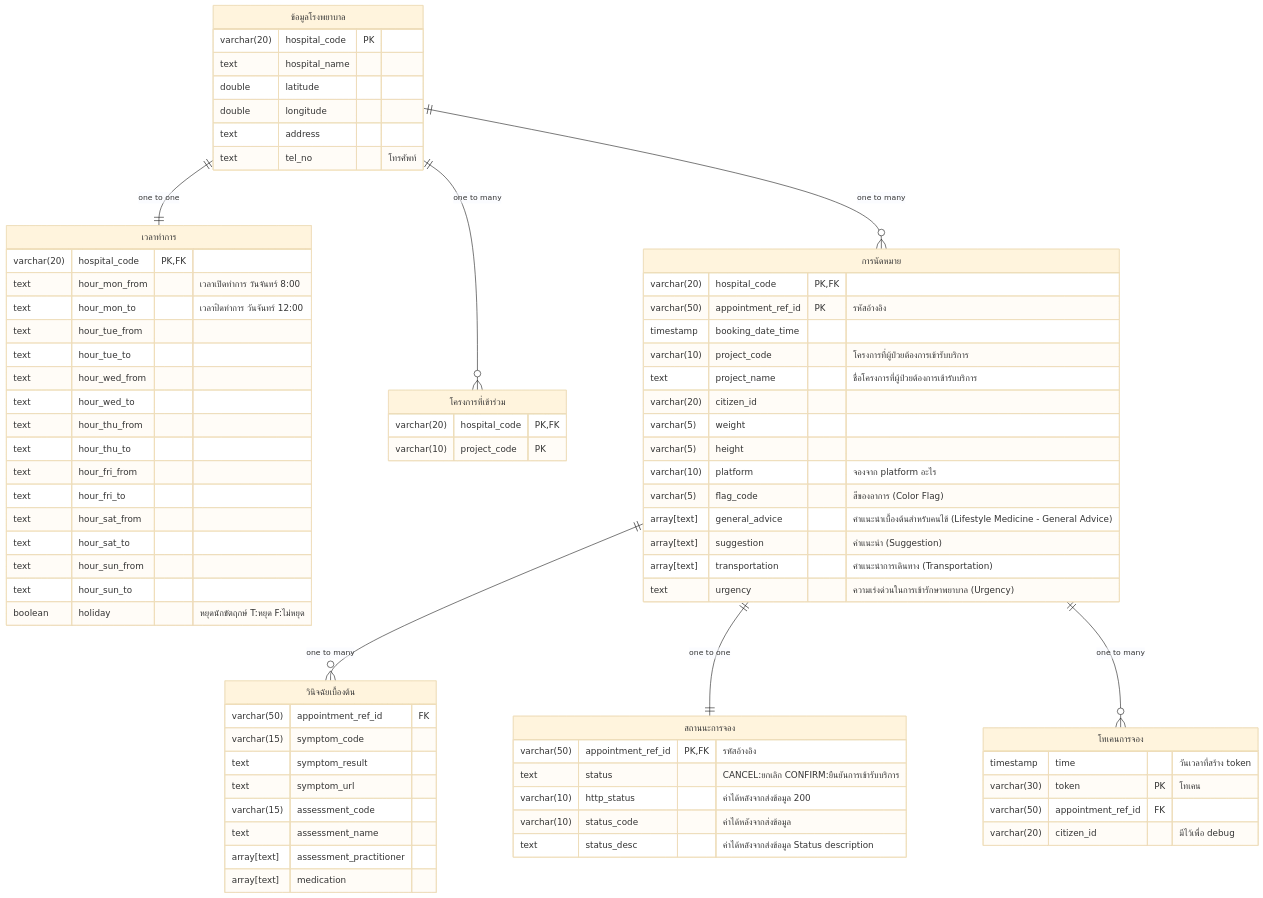
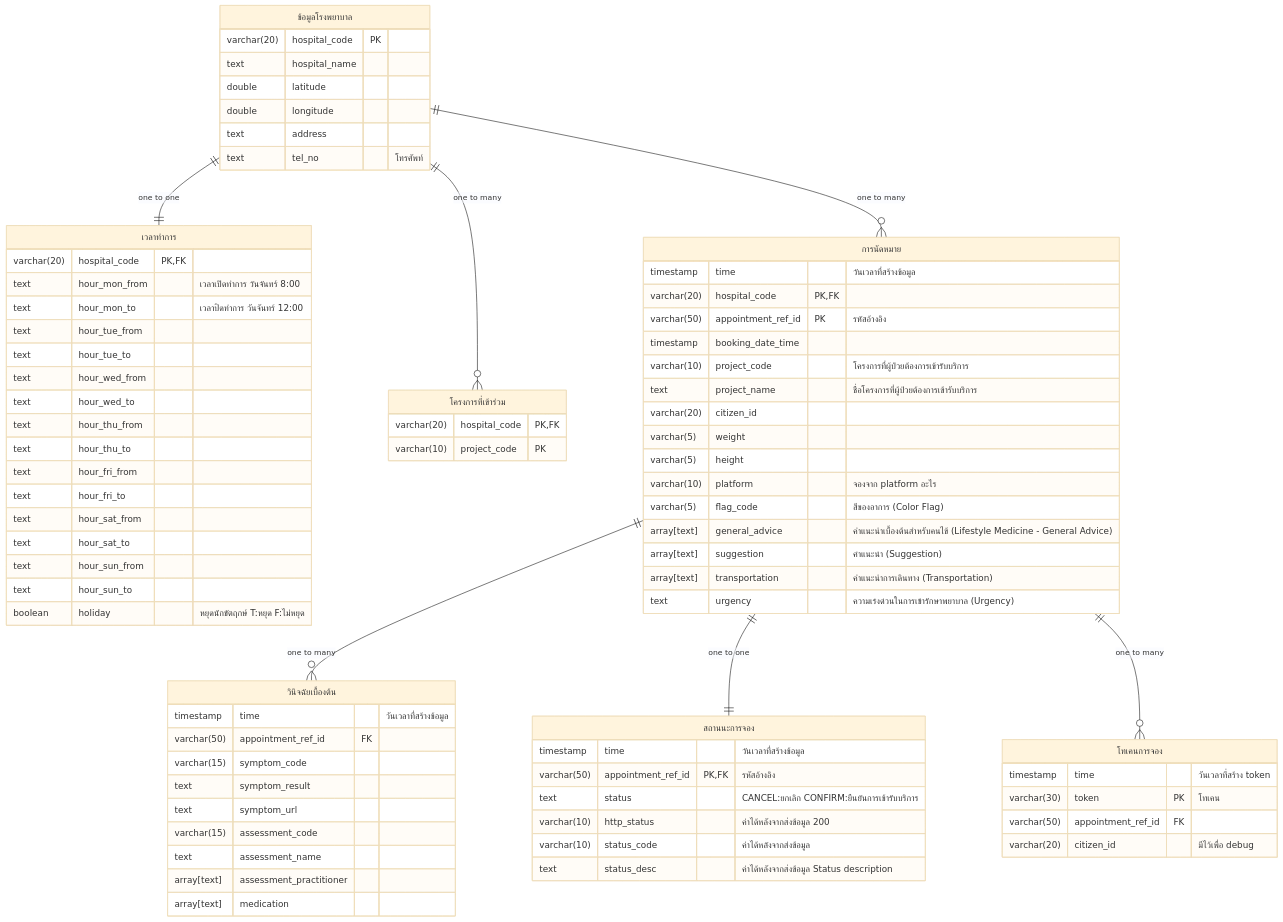
One commit to lionants02/public changed the first of 3 diagrams in ktb-amed/entity/README.md. Above: the diagram before and after it, drawn with Mermaid (base theme).

Commit message:
er to time series

```diff
--- a/ktb-amed/entity/README.md
+++ b/ktb-amed/entity/README.md
@@ -42,6 +42,7 @@
     }
 
     appointment["การนัดหมาย"]{
+        timestamp time "วันเวลาที่สร้างข้อมูล"
         varchar(20) hospital_code PK,FK
         varchar(50) appointment_ref_id PK "รหัสอ้างอิง"
         timestamp booking_date_time
@@ -60,6 +61,7 @@
     }
 
     appointment_possible_diagnosist["วินิจฉัยเบื้องต้น"]{
+        timestamp time "วันเวลาที่สร้างข้อมูล"
         varchar(50) appointment_ref_id FK
         varchar(15) symptom_code
         text symptom_result
@@ -72,6 +74,7 @@
     }
 
     appointment_response_status["สถานนะการจอง"]{
+        timestamp time "วันเวลาที่สร้างข้อมูล"
         varchar(50) appointment_ref_id PK,FK "รหัสอ้างอิง"
         text status "CANCEL:ยกเลิก CONFIRM:ยืนยันการเข้ารับบริการ"
         varchar(10) http_status "ค่าได้หลังจากส่งข้อมูล 200"
```
